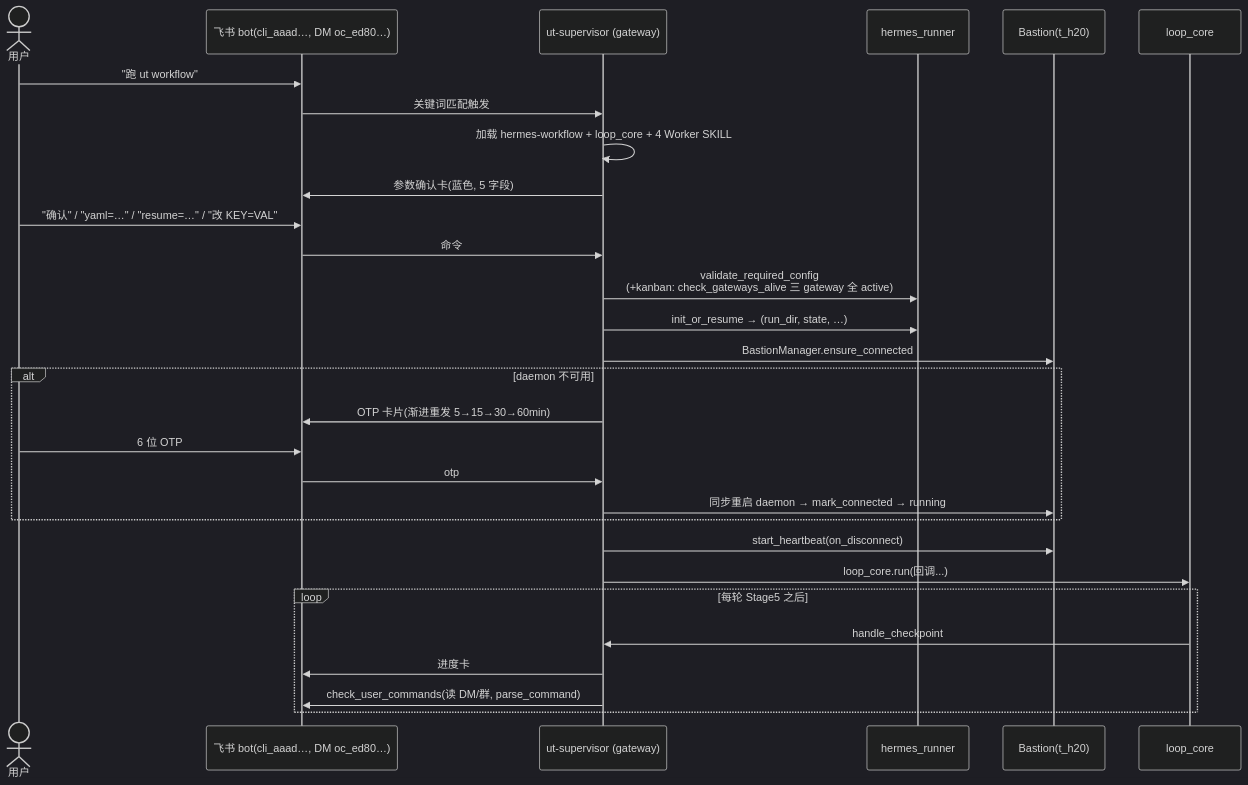
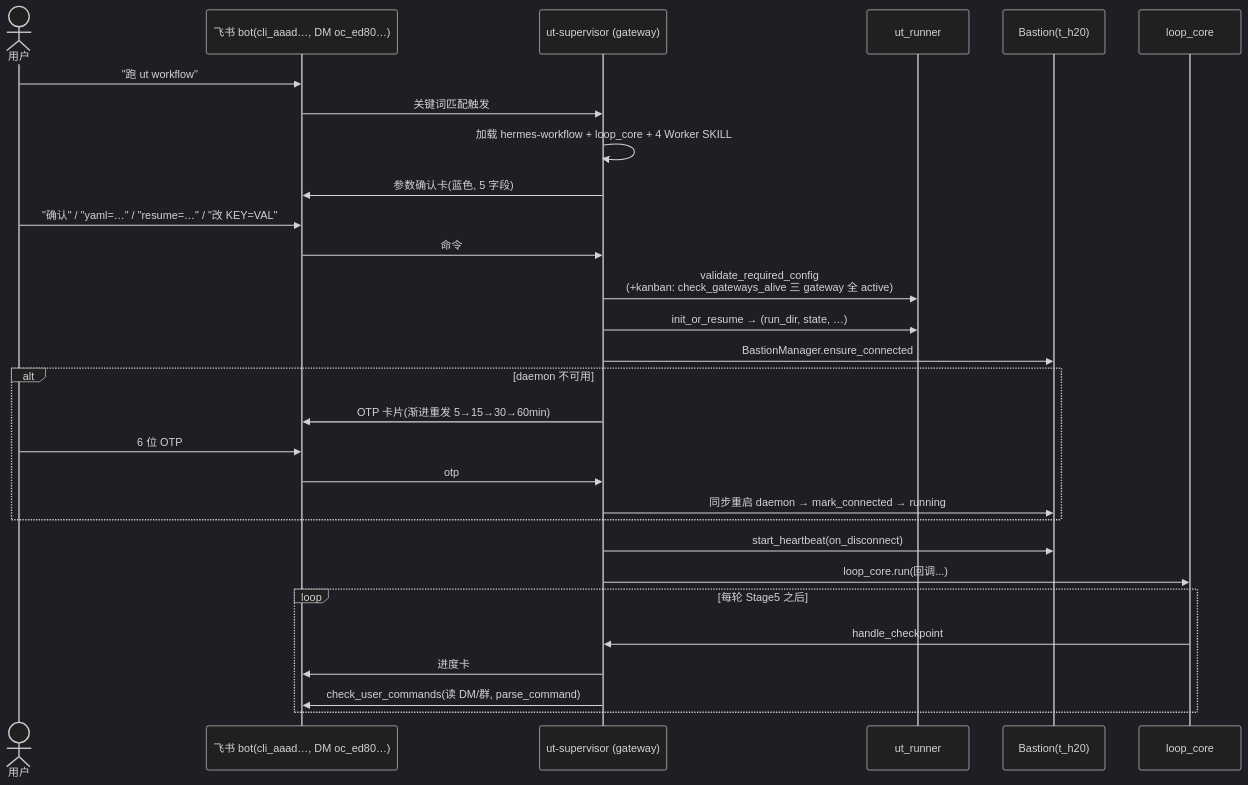
The third of 4 diagrams in tasks/ut/docs/guides/ut-channels-overview.md (peterlau123/apmm), drawn with Mermaid (dark theme) before and after one commit. The commit also changed other lines of this file and 25 other files, not shown here.

First line of the commit message:
refactor: rename hermes_runner.py -> ut_runner.py, move to shared/

````diff
--- a/tasks/ut/docs/guides/ut-channels-overview.md
+++ b/tasks/ut/docs/guides/ut-channels-overview.md
@@ -99,31 +99,31 @@
 ```mermaid
 sequenceDiagram
     actor U as 用户
     participant F as 飞书 bot(cli_aaad…, DM oc_ed80…)
     participant S as ut-supervisor (gateway)
-    participant R as hermes_runner
+    participant R as ut_runner
     participant B as Bastion(t_h20)
     participant L as loop_core
     U->>F: "跑 ut workflow"
     F->>S: 关键词匹配触发
     S->>S: 加载 hermes-workflow + loop_core + 4 Worker SKILL
     S->>F: 参数确认卡(蓝色, 5 字段)
     U->>F: "确认" / "yaml=…" / "resume=…" / "改 KEY=VAL"
     F->>S: 命令
     S->>R: validate_required_config<br/>(+kanban: check_gateways_alive 三 gateway 全 active)
     S->>R: init_or_resume → (run_dir, state, …)
     S->>B: BastionManager.ensure_connected
     alt daemon 不可用
         S->>F: OTP 卡片(渐进重发 5→15→30→60min)
         U->>F: 6 位 OTP
         F->>S: otp
         S->>B: 同步重启 daemon → mark_connected → running
     end
     S->>B: start_heartbeat(on_disconnect)
     S->>L: loop_core.run(回调...)
     loop 每轮 Stage5 之后
         L->>S: handle_checkpoint
         S->>F: 进度卡
         S->>F: check_user_commands(读 DM/群, parse_command)
     end
 ```
````
